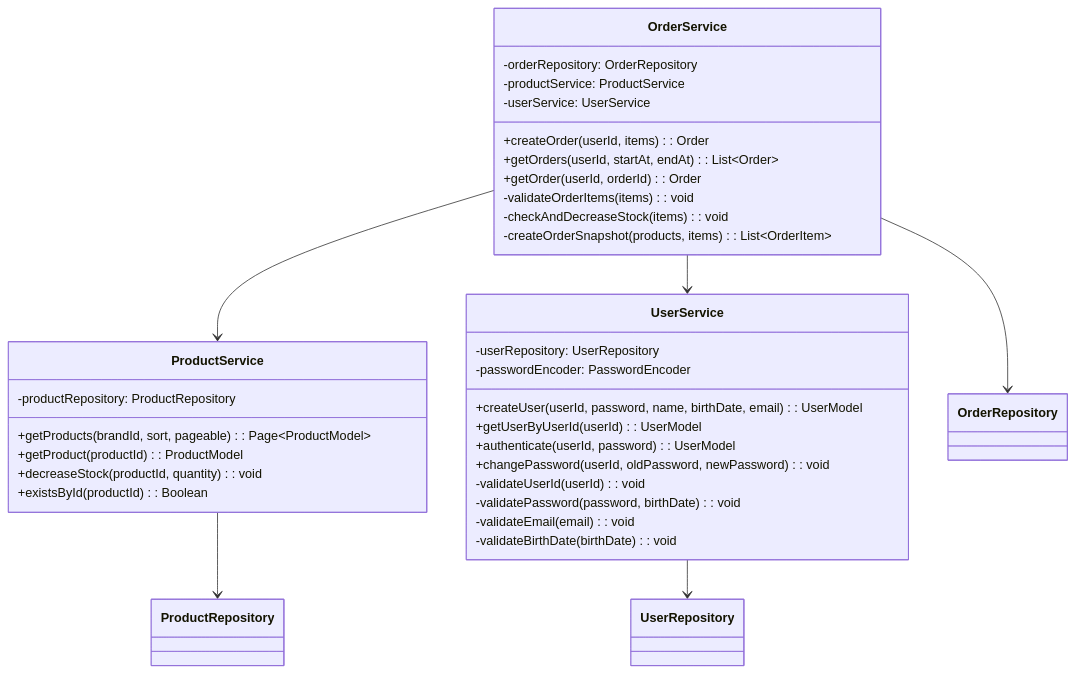
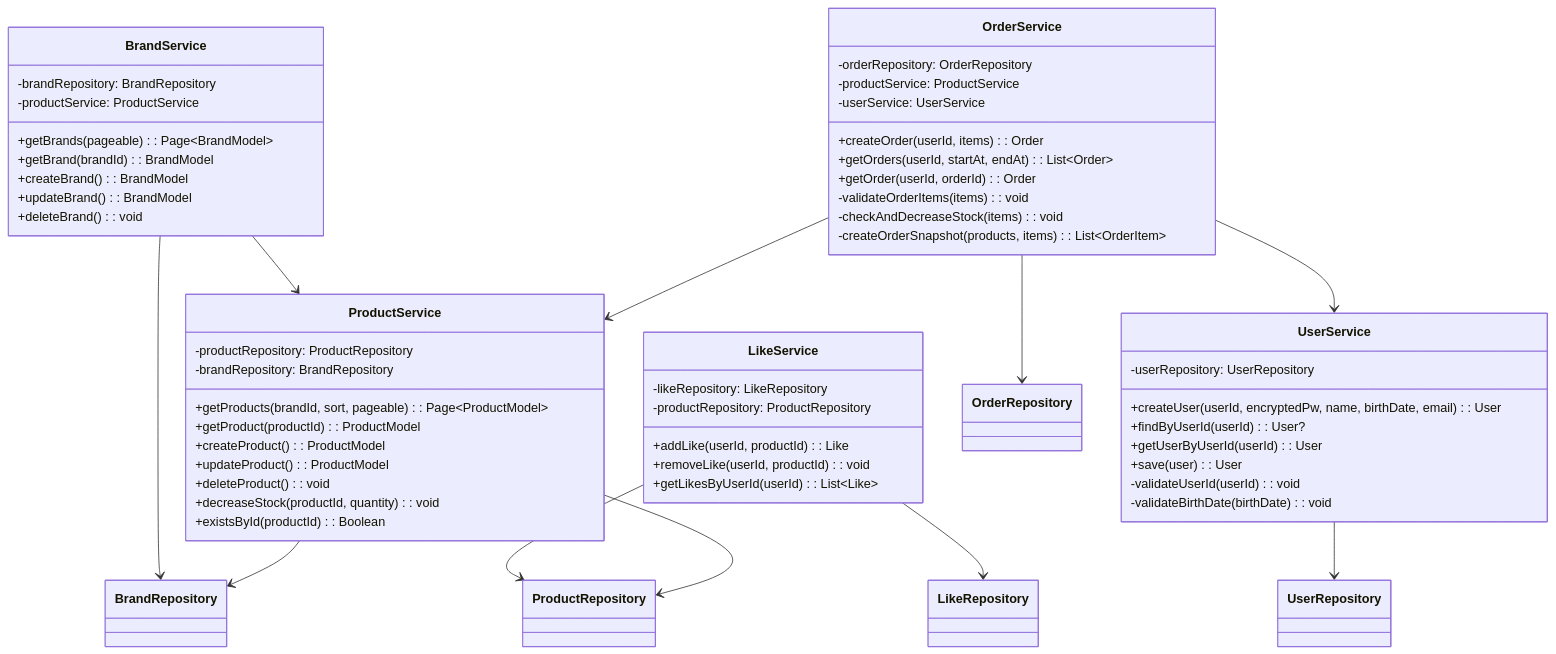
The eighth of 13 diagrams in .docs/design/03-class-diagram.md (Loopers-dev-lab/loop-pack-be-l2-vol3-kotlin), drawn with Mermaid before and after one commit. The commit also changed other lines of this file and 4 other files, not shown here.

````diff
--- a/.docs/design/03-class-diagram.md
+++ b/.docs/design/03-class-diagram.md
@@ -294,43 +510,67 @@
 ```mermaid
 classDiagram
     direction TB
 
     class UserService {
         -userRepository: UserRepository
-        -passwordEncoder: PasswordEncoder
-        +createUser(userId, password, name, birthDate, email): UserModel
-        +getUserByUserId(userId): UserModel
-        +authenticate(userId, password): UserModel
-        +changePassword(userId, oldPassword, newPassword): void
+        +createUser(userId, encryptedPw, name, birthDate, email): User
+        +findByUserId(userId): User?
+        +getUserByUserId(userId): User
+        +save(user): User
         -validateUserId(userId): void
-        -validatePassword(password, birthDate): void
-        -validateEmail(email): void
         -validateBirthDate(birthDate): void
     }
 
     class OrderService {
         -orderRepository: OrderRepository
         -productService: ProductService
         -userService: UserService
         +createOrder(userId, items): Order
         +getOrders(userId, startAt, endAt): List~Order~
         +getOrder(userId, orderId): Order
         -validateOrderItems(items): void
         -checkAndDecreaseStock(items): void
         -createOrderSnapshot(products, items): List~OrderItem~
     }
 
     class ProductService {
         -productRepository: ProductRepository
+        -brandRepository: BrandRepository
         +getProducts(brandId, sort, pageable): Page~ProductModel~
         +getProduct(productId): ProductModel
+        +createProduct(): ProductModel
+        +updateProduct(): ProductModel
+        +deleteProduct(): void
         +decreaseStock(productId, quantity): void
         +existsById(productId): Boolean
+    }
+
+    class BrandService {
+        -brandRepository: BrandRepository
+        -productService: ProductService
+        +getBrands(pageable): Page~BrandModel~
+        +getBrand(brandId): BrandModel
+        +createBrand(): BrandModel
+        +updateBrand(): BrandModel
+        +deleteBrand(): void
+    }
+
+    class LikeService {
+        -likeRepository: LikeRepository
+        -productRepository: ProductRepository
+        +addLike(userId, productId): Like
+        +removeLike(userId, productId): void
+        +getLikesByUserId(userId): List~Like~
     }
 
     UserService --> UserRepository
     OrderService --> OrderRepository
     OrderService --> ProductService
     OrderService --> UserService
     ProductService --> ProductRepository
+    ProductService --> BrandRepository
+    BrandService --> BrandRepository
+    BrandService --> ProductService
+    LikeService --> LikeRepository
+    LikeService --> ProductRepository
 ```
````
